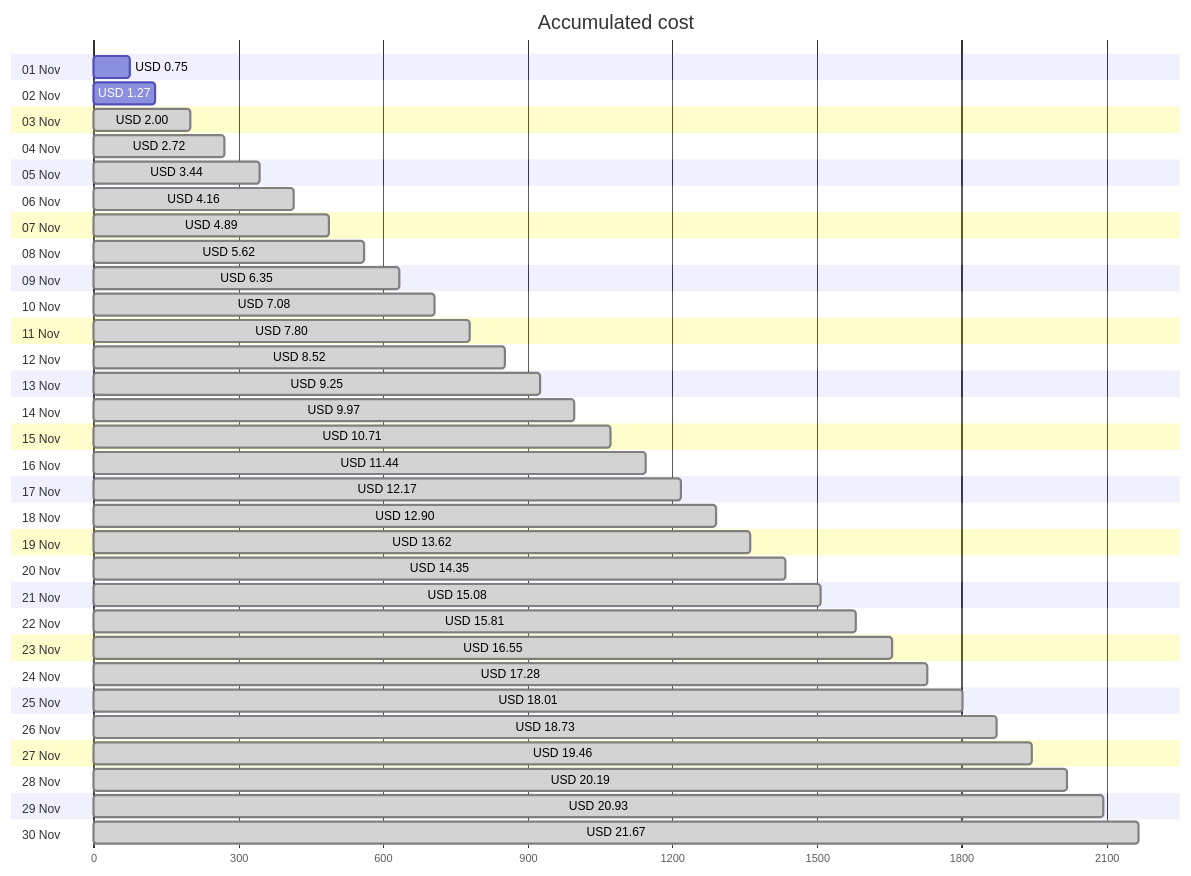
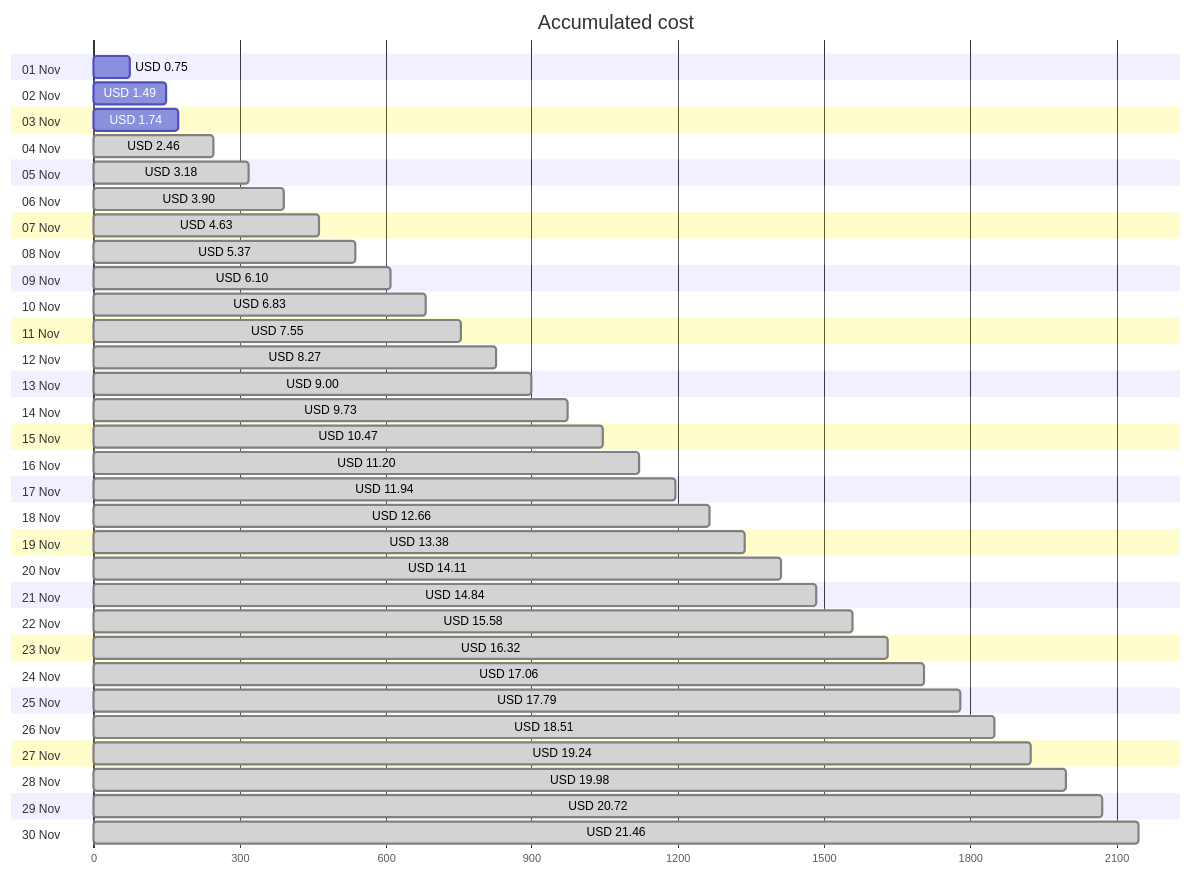
The first of 4 diagrams in cost-reports/personal-network/backup-server-data-disk.md (jpfulton/azure-personal-reports), drawn with Mermaid before and after one commit. The commit also changed other lines of this file and 8 other files, not shown here.

````diff
--- a/cost-reports/personal-network/backup-server-data-disk.md
+++ b/cost-reports/personal-network/backup-server-data-disk.md
@@ -20,66 +20,66 @@
 ```mermaid
 gantt
    title Accumulated cost
    dateFormat  X
    axisFormat %s
    section 01 Nov
    USD 0.75 :0, 75
    section 02 Nov
-   USD 1.27 :0, 127
+   USD 1.49 :0, 149
    section 03 Nov
-   USD 2.00 : done, 0, 200
+   USD 1.74 :0, 174
    section 04 Nov
-   USD 2.72 : done, 0, 272
+   USD 2.46 : done, 0, 246
    section 05 Nov
-   USD 3.44 : done, 0, 344
+   USD 3.18 : done, 0, 318
    section 06 Nov
-   USD 4.16 : done, 0, 416
+   USD 3.90 : done, 0, 390
    section 07 Nov
-   USD 4.89 : done, 0, 489
+   USD 4.63 : done, 0, 463
    section 08 Nov
-   USD 5.62 : done, 0, 562
+   USD 5.37 : done, 0, 537
    section 09 Nov
-   USD 6.35 : done, 0, 635
+   USD 6.10 : done, 0, 610
    section 10 Nov
-   USD 7.08 : done, 0, 708
+   USD 6.83 : done, 0, 683
    section 11 Nov
-   USD 7.80 : done, 0, 780
+   USD 7.55 : done, 0, 755
    section 12 Nov
-   USD 8.52 : done, 0, 852
+   USD 8.27 : done, 0, 827
    section 13 Nov
-   USD 9.25 : done, 0, 925
+   USD 9.00 : done, 0, 900
    section 14 Nov
-   USD 9.97 : done, 0, 997
+   USD 9.73 : done, 0, 973
    section 15 Nov
-   USD 10.71 : done, 0, 1071
+   USD 10.47 : done, 0, 1047
    section 16 Nov
-   USD 11.44 : done, 0, 1144
+   USD 11.20 : done, 0, 1120
    section 17 Nov
-   USD 12.17 : done, 0, 1217
+   USD 11.94 : done, 0, 1194
    section 18 Nov
-   USD 12.90 : done, 0, 1290
+   USD 12.66 : done, 0, 1266
    section 19 Nov
-   USD 13.62 : done, 0, 1362
+   USD 13.38 : done, 0, 1338
    section 20 Nov
-   USD 14.35 : done, 0, 1435
+   USD 14.11 : done, 0, 1411
    section 21 Nov
-   USD 15.08 : done, 0, 1508
+   USD 14.84 : done, 0, 1484
    section 22 Nov
-   USD 15.81 : done, 0, 1581
+   USD 15.58 : done, 0, 1558
    section 23 Nov
-   USD 16.55 : done, 0, 1655
+   USD 16.32 : done, 0, 1632
    section 24 Nov
-   USD 17.28 : done, 0, 1728
+   USD 17.06 : done, 0, 1706
    section 25 Nov
-   USD 18.01 : done, 0, 1801
+   USD 17.79 : done, 0, 1779
    section 26 Nov
-   USD 18.73 : done, 0, 1873
+   USD 18.51 : done, 0, 1851
    section 27 Nov
-   USD 19.46 : done, 0, 1946
+   USD 19.24 : done, 0, 1924
    section 28 Nov
-   USD 20.19 : done, 0, 2019
+   USD 19.98 : done, 0, 1998
    section 29 Nov
-   USD 20.93 : done, 0, 2093
+   USD 20.72 : done, 0, 2072
    section 30 Nov
-   USD 21.67 : done, 0, 2167
+   USD 21.46 : done, 0, 2146
 ```
````
